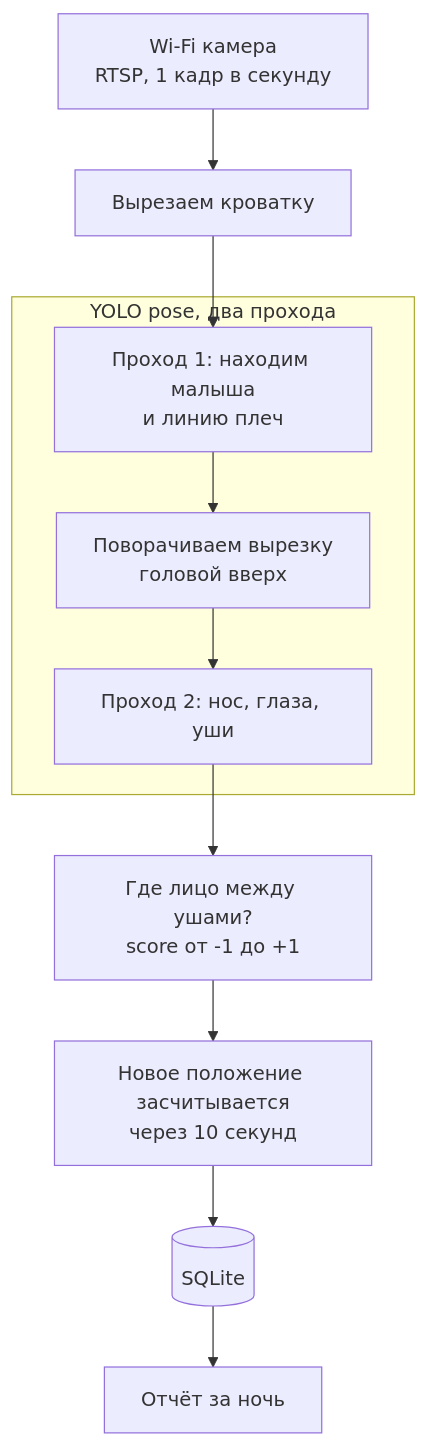
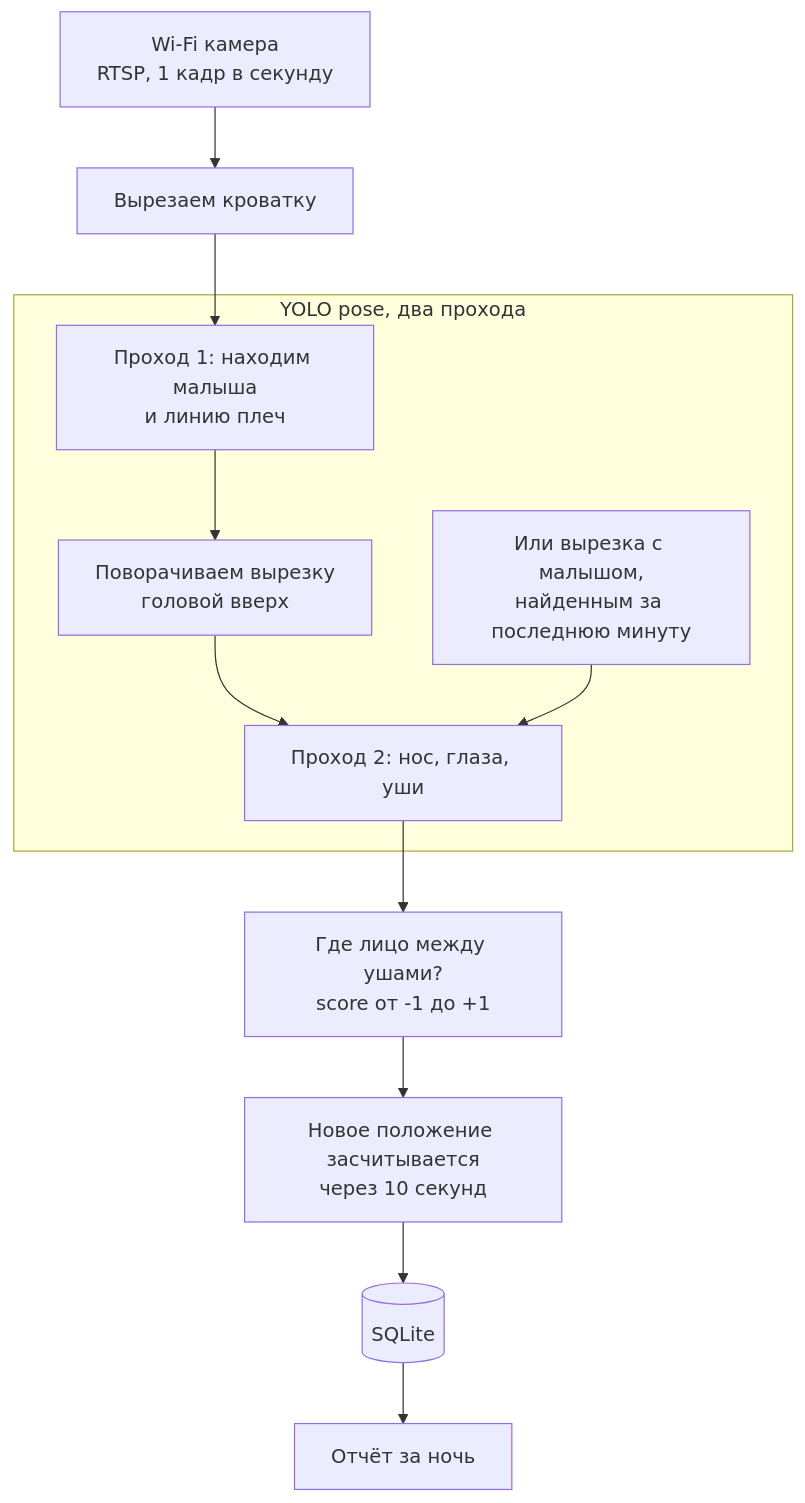
One commit to OpsDevil/noggin-compass changed the diagram in README.ru.md. Above: the diagram before and after it, drawn with Mermaid. The commit also changed other lines of this file and 7 other files, not shown here.

````diff
--- a/README.ru.md
+++ b/README.ru.md
@@ -44,13 +44,14 @@
 ```mermaid
 flowchart TD
     cam["Wi-Fi камера<br/>RTSP, 1 кадр в секунду"] --> crop["Вырезаем кроватку"]
     subgraph nn ["YOLO pose, два прохода"]
         pass1["Проход 1: находим малыша<br/>и линию плеч"] --> rotate["Поворачиваем вырезку<br/>головой вверх"]
         rotate --> pass2["Проход 2: нос, глаза, уши"]
+        memory["Или вырезка с малышом,<br/>найденным за последнюю минуту"] --> pass2
     end
     crop --> pass1
     pass2 --> geometry["Где лицо между ушами?<br/>score от -1 до +1"]
     geometry --> smooth["Новое положение засчитывается<br/>через 10 секунд"]
     smooth --> db[("SQLite")]
     db --> report["Отчёт за ночь"]
 ```
````
